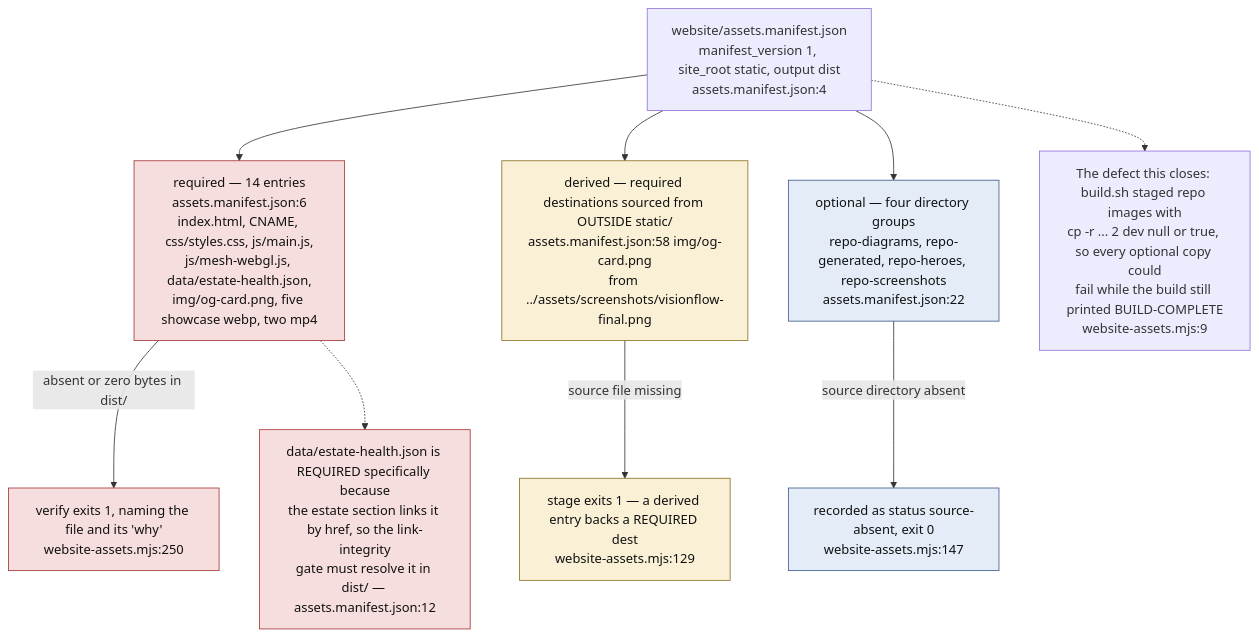
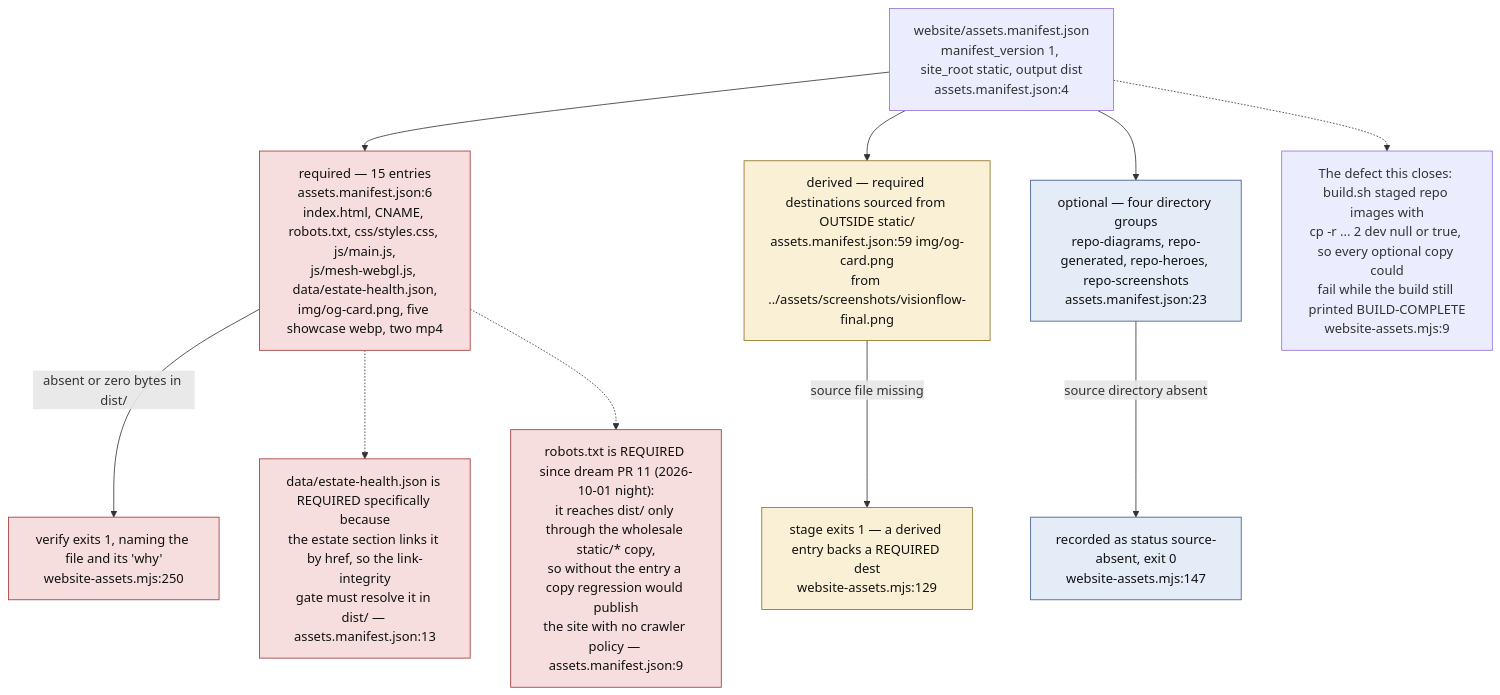
Before and after one commit to DreamLab-AI/VisionFlow: the third of 12 diagrams in docs/diagrams/visionflow/02-website-build-and-deploy.md, drawn with Mermaid. The commit also changed other lines of this file and 94 other files, not shown here.

First line of the commit message:
docs(diagrams): re-verify 130 topics against 2 October HEADs

````diff
--- a/docs/diagrams/visionflow/02-website-build-and-deploy.md
+++ b/docs/diagrams/visionflow/02-website-build-and-deploy.md
@@ -100,22 +101,24 @@
 ```mermaid
 flowchart TB
     classDef req fill:#f7dede,stroke:#a33333,color:#111
     classDef der fill:#f9f0d5,stroke:#8a7020,color:#111
     classDef opt fill:#e4ecf8,stroke:#3a5a8a,color:#111
 
     M["website/assets.manifest.json<br/>manifest_version 1, site_root static, output dist<br/>assets.manifest.json:4"]
 
-    M --> REQ["required — 14 entries<br/>assets.manifest.json:6<br/>index.html, CNAME, css/styles.css, js/main.js,<br/>js/mesh-webgl.js, data/estate-health.json,<br/>img/og-card.png, five showcase webp, two mp4"]:::req
-    M --> DER["derived — required destinations sourced from OUTSIDE static/<br/>assets.manifest.json:58 img/og-card.png<br/>from ../assets/screenshots/visionflow-final.png"]:::der
-    M --> OPT["optional — four directory groups<br/>repo-diagrams, repo-generated, repo-heroes, repo-screenshots<br/>assets.manifest.json:22"]:::opt
+    M --> REQ["required — 15 entries<br/>assets.manifest.json:6<br/>index.html, CNAME, robots.txt, css/styles.css, js/main.js,<br/>js/mesh-webgl.js, data/estate-health.json,<br/>img/og-card.png, five showcase webp, two mp4"]:::req
+    M --> DER["derived — required destinations sourced from OUTSIDE static/<br/>assets.manifest.json:59 img/og-card.png<br/>from ../assets/screenshots/visionflow-final.png"]:::der
+    M --> OPT["optional — four directory groups<br/>repo-diagrams, repo-generated, repo-heroes, repo-screenshots<br/>assets.manifest.json:23"]:::opt
 
     REQ -->|"absent or zero bytes in dist/"| F1["verify exits 1, naming the file and its 'why'<br/>website-assets.mjs:250"]:::req
     DER -->|"source file missing"| F2["stage exits 1 — a derived entry backs a REQUIRED dest<br/>website-assets.mjs:129"]:::der
     OPT -->|"source directory absent"| F3["recorded as status source-absent, exit 0<br/>website-assets.mjs:147"]:::opt
 
     HIST["The defect this closes: build.sh staged repo images with<br/>cp -r ... 2 dev null or true, so every optional copy could<br/>fail while the build still printed BUILD-COMPLETE<br/>website-assets.mjs:9"]
     M -.-> HIST
 
-    LINK["data/estate-health.json is REQUIRED specifically because<br/>the estate section links it by href, so the link-integrity<br/>gate must resolve it in dist/ — assets.manifest.json:12"]:::req
+    LINK["data/estate-health.json is REQUIRED specifically because<br/>the estate section links it by href, so the link-integrity<br/>gate must resolve it in dist/ — assets.manifest.json:13"]:::req
     REQ -.-> LINK
+    ROBOTS["robots.txt is REQUIRED since dream PR 11 (2026-10-01 night):<br/>it reaches dist/ only through the wholesale static/* copy,<br/>so without the entry a copy regression would publish<br/>the site with no crawler policy — assets.manifest.json:9"]:::req
+    REQ -.-> ROBOTS
 ```
````
